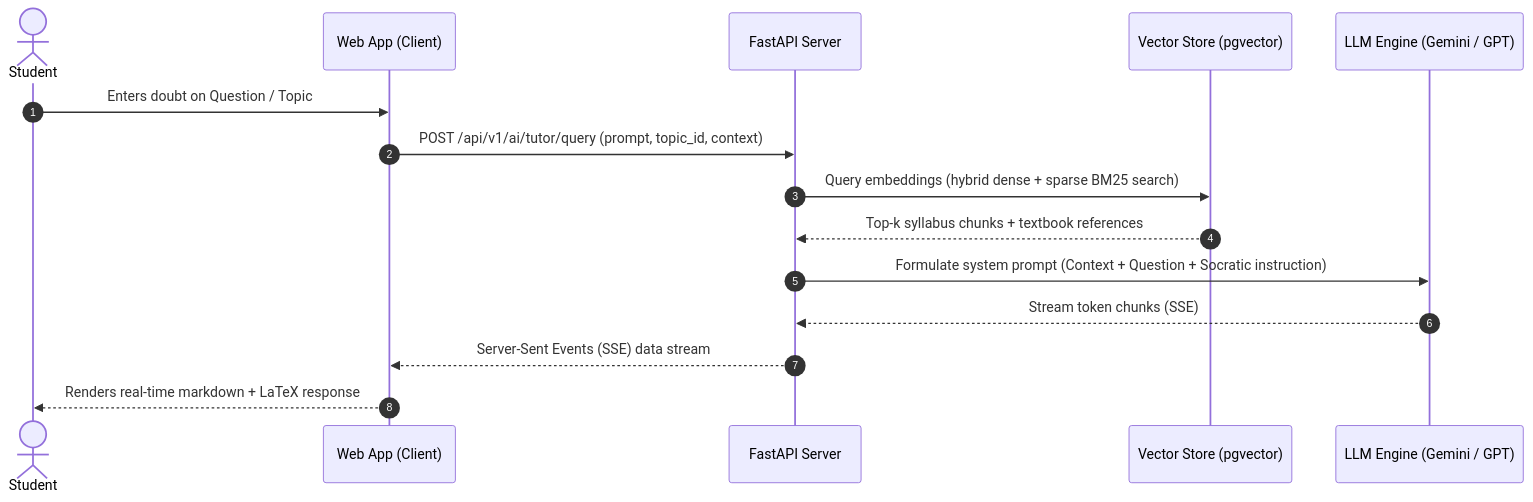
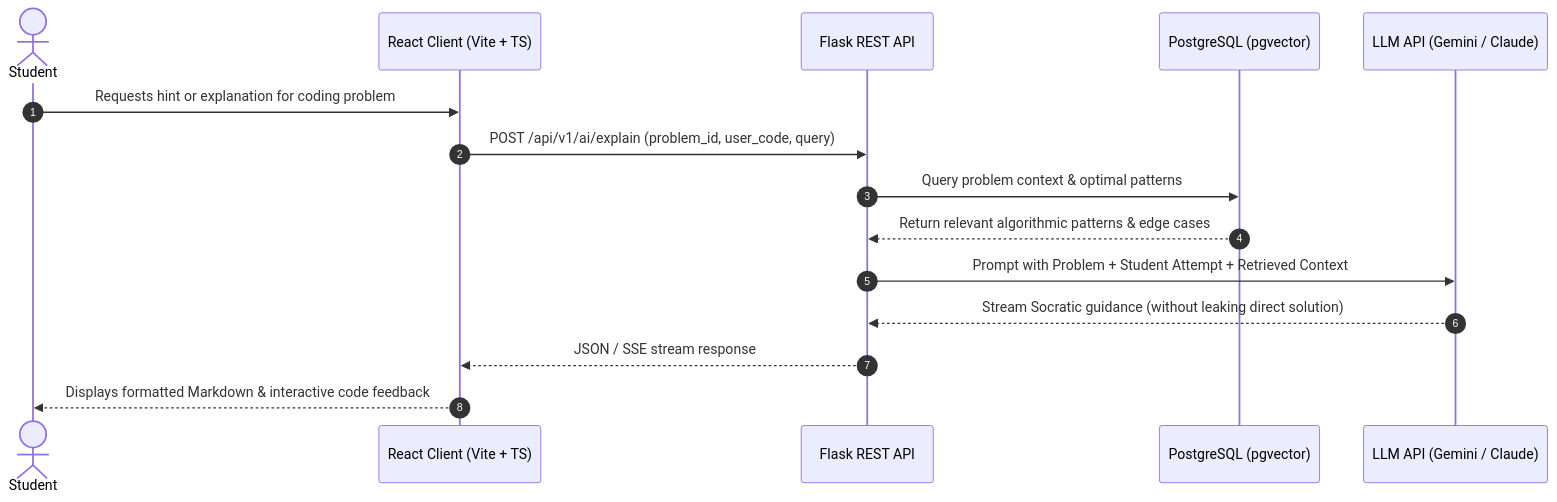
One commit to buildwithsitu/ai-exam-preparation changed the second of 3 diagrams in docs/architecture.md. Above: the diagram before and after it, drawn with Mermaid. The commit also changed other lines of this file and 48 other files, not shown here.

````diff
--- a/docs/architecture.md
+++ b/docs/architecture.md
@@ -87,18 +74,18 @@
 ```mermaid
 sequenceDiagram
     autonumber
     actor Student
-    participant Frontend as Web App (Client)
-    participant Backend as FastAPI Server
-    participant VectorDB as Vector Store (pgvector)
-    participant LLM as LLM Engine (Gemini / GPT)
+    participant Frontend as React Client (Vite + TS)
+    participant Backend as Flask REST API
+    participant VectorDB as PostgreSQL (pgvector)
+    participant LLM as LLM API (Gemini / Claude)
 
-    Student->>Frontend: Enters doubt on Question / Topic
-    Frontend->>Backend: POST /api/v1/ai/tutor/query (prompt, topic_id, context)
-    Backend->>VectorDB: Query embeddings (hybrid dense + sparse BM25 search)
-    VectorDB-->>Backend: Top-k syllabus chunks + textbook references
-    Backend->>LLM: Formulate system prompt (Context + Question + Socratic instruction)
-    LLM-->>Backend: Stream token chunks (SSE)
-    Backend-->>Frontend: Server-Sent Events (SSE) data stream
-    Frontend-->>Student: Renders real-time markdown + LaTeX response
+    Student->>Frontend: Requests hint or explanation for coding problem
+    Frontend->>Backend: POST /api/v1/ai/explain (problem_id, user_code, query)
+    Backend->>VectorDB: Query problem context & optimal patterns
+    VectorDB-->>Backend: Return relevant algorithmic patterns & edge cases
+    Backend->>LLM: Prompt with Problem + Student Attempt + Retrieved Context
+    LLM-->>Backend: Stream Socratic guidance (without leaking direct solution)
+    Backend-->>Frontend: JSON / SSE stream response
+    Frontend-->>Student: Displays formatted Markdown & interactive code feedback
 ```
````
